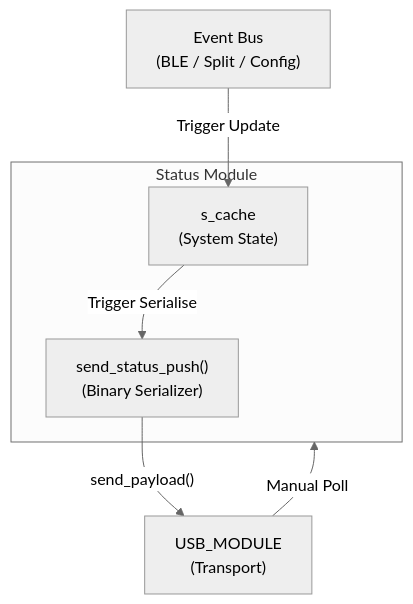
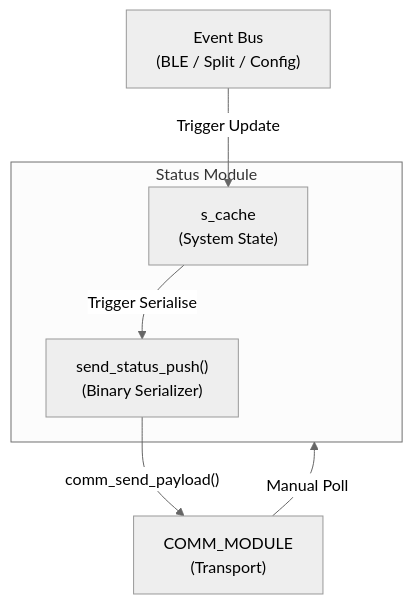
One commit to frentuka/Tecleados-ESP-Firmware changed the diagram in components/status_module/STATUS_MODULE.md. Above: the diagram before and after it, drawn with Mermaid (neutral theme). The commit also changed other lines of this file and 4 other files, not shown here.

````diff
--- a/components/status_module/STATUS_MODULE.md
+++ b/components/status_module/STATUS_MODULE.md
@@ -71,16 +71,16 @@
 ```mermaid
 graph TD
     subgraph statusmod ["Status Module"]
         CACHE["s_cache<br/>(System State)"]
         PUSH["send_status_push()<br/>(Binary Serializer)"]
     end
 
     EV_BUS["Event Bus<br/>(BLE / Split / Config)"]
-    USB["USB_MODULE<br/>(Transport)"]
+    COMM["COMM_MODULE<br/>(Transport)"]
 
     EV_BUS -- "Trigger Update" --> CACHE
     CACHE -- "Trigger Serialise" --> PUSH
-    PUSH -- "send_payload()" --> USB
+    PUSH -- "comm_send_payload()" --> COMM
     
-    USB -- "Manual Poll" --> statusmod
+    COMM -- "Manual Poll" --> statusmod
 ```
````
